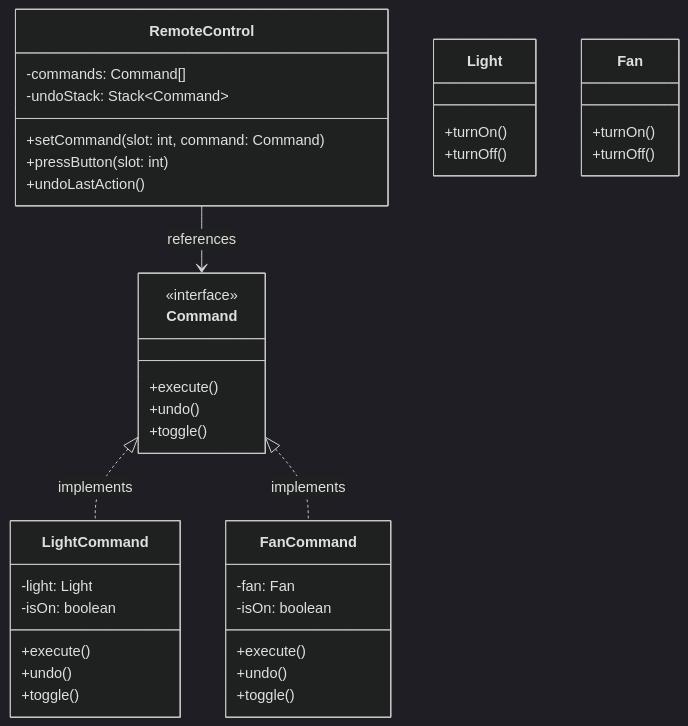
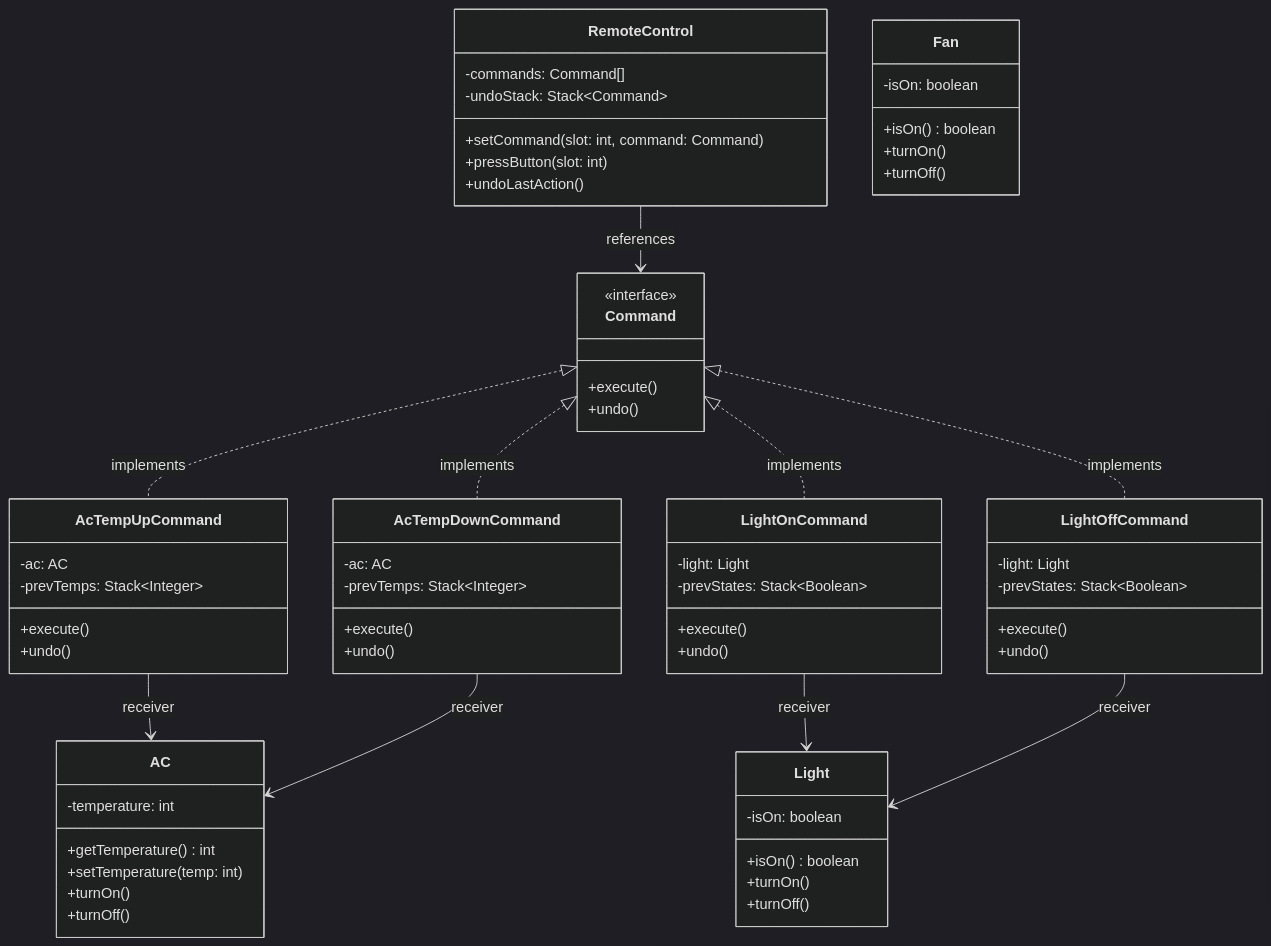
One commit to Chaitanya31612/design-patterns changed the diagram in behavioral/command/PROBLEM.md. Above: the diagram before and after it, drawn with Mermaid (dark theme). The commit also changed other lines of this file and 22 other files, not shown here.

````diff
--- a/behavioral/command/PROBLEM.md
+++ b/behavioral/command/PROBLEM.md
@@ -23,49 +23,78 @@
 ```mermaid
 classDiagram
     direction TB
 
     class RemoteControl {
         -commands: Command[]
         -undoStack: Stack~Command~
         +setCommand(slot: int, command: Command)
         +pressButton(slot: int)
         +undoLastAction()
     }
 
     class Command {
         <<interface>>
         +execute()
         +undo()
-        +toggle()
     }
 
-    class LightCommand {
-        -light: Light
-        -isOn: boolean
+    class AcTempUpCommand {
+        -ac: AC
+        -prevTemps: Stack~Integer~
         +execute()
         +undo()
-        +toggle()
     }
 
-    class FanCommand {
-        -fan: Fan
-        -isOn: boolean
+    class AcTempDownCommand {
+        -ac: AC
+        -prevTemps: Stack~Integer~
         +execute()
         +undo()
-        +toggle()
+    }
+
+    class LightOnCommand {
+        -light: Light
+        -prevStates: Stack~Boolean~
+        +execute()
+        +undo()
+    }
+
+    class LightOffCommand {
+        -light: Light
+        -prevStates: Stack~Boolean~
+        +execute()
+        +undo()
+    }
+
+    class AC {
+        -temperature: int
+        +getTemperature() int
+        +setTemperature(temp: int)
+        +turnOn()
+        +turnOff()
     }
 
     class Light {
+        -isOn: boolean
+        +isOn() boolean
         +turnOn()
         +turnOff()
     }
 
     class Fan {
+        -isOn: boolean
+        +isOn() boolean
         +turnOn()
         +turnOff()
     }
 
     RemoteControl --> Command : references
-    Command <|.. LightCommand : implements
-    Command <|.. FanCommand : implements
+    Command <|.. AcTempUpCommand : implements
+    Command <|.. AcTempDownCommand : implements
+    Command <|.. LightOnCommand : implements
+    Command <|.. LightOffCommand : implements
+    AcTempUpCommand --> AC : receiver
+    AcTempDownCommand --> AC : receiver
+    LightOnCommand --> Light : receiver
+    LightOffCommand --> Light : receiver
 ```
````
